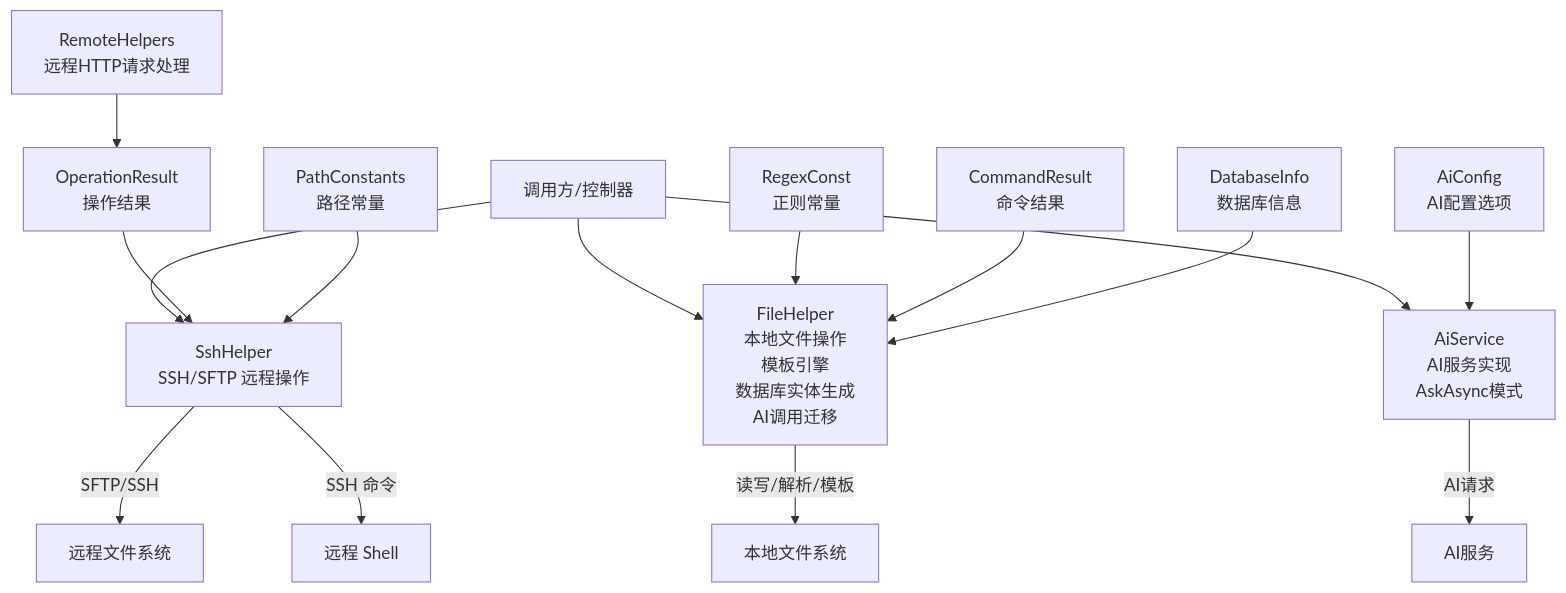
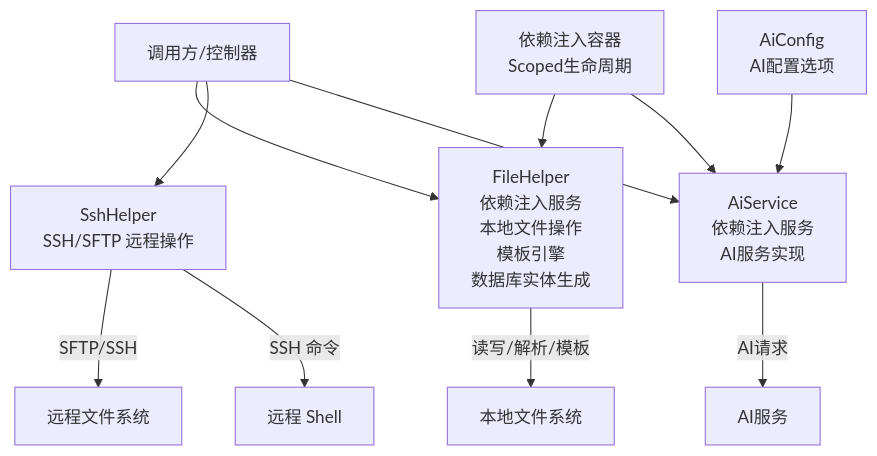
The second of 7 diagrams in .qoder/repowiki/zh/content/工具库详解/文件操作工具.md (Sosososolong/AirGo), drawn with Mermaid before and after one commit. The commit also changed other lines of this file and 13 other files, not shown here.

````diff
--- a/.qoder/repowiki/zh/content/工具库详解/文件操作工具.md
+++ b/.qoder/repowiki/zh/content/工具库详解/文件操作工具.md
@@ -135,17 +114,13 @@
 ```mermaid
 graph TB
-Client["调用方/控制器"] --> FH["FileHelper<br/>本地文件操作<br/>模板引擎<br/>数据库实体生成<br/>AI调用迁移"]
+Client["调用方/控制器"] --> FH["FileHelper<br/>依赖注入服务<br/>本地文件操作<br/>模板引擎<br/>数据库实体生成"]
 Client --> SH["SshHelper<br/>SSH/SFTP 远程操作"]
-Client --> AS["AiService<br/>AI服务实现<br/>AskAsync模式"]
+Client --> AS["AiService<br/>依赖注入服务<br/>AI服务实现"]
 FH --> |读写/解析/模板| LocalFS["本地文件系统"]
 SH --> |SFTP/SSH| RemoteFS["远程文件系统"]
 SH --> |SSH 命令| RemoteShell["远程 Shell"]
 AS --> |AI请求| AIServer["AI服务"]
 AC["AiConfig<br/>AI配置选项"] --> AS
-RC["RegexConst<br/>正则常量"] --> FH
-OR["OperationResult<br/>操作结果"] --> SH
-CR["CommandResult<br/>命令结果"] --> FH
-PC["PathConstants<br/>路径常量"] --> SH
-DBI["DatabaseInfo<br/>数据库信息"] --> FH
-RH["RemoteHelpers<br/>远程HTTP请求处理"] --> OR
+DI["依赖注入容器<br/>Scoped生命周期"] --> FH
+DI --> AS
 ```
````
